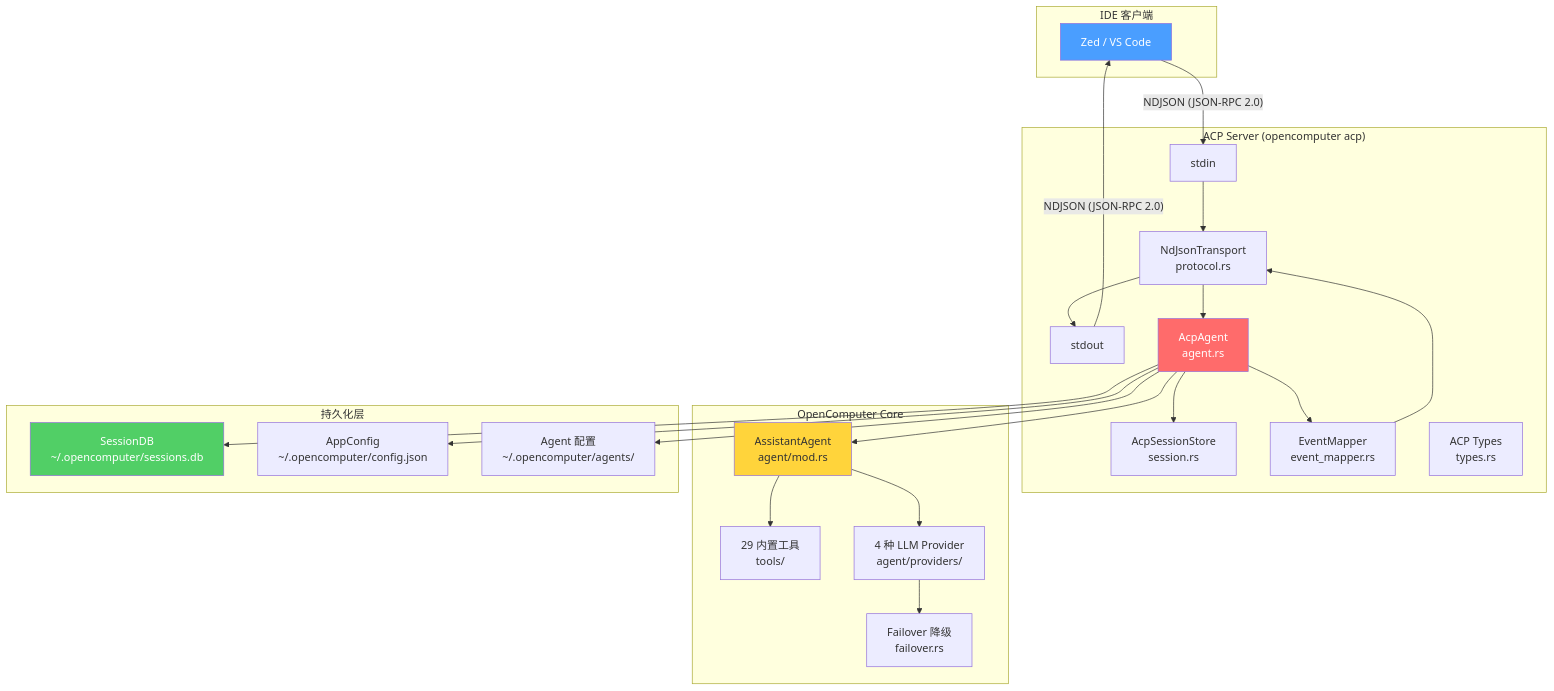
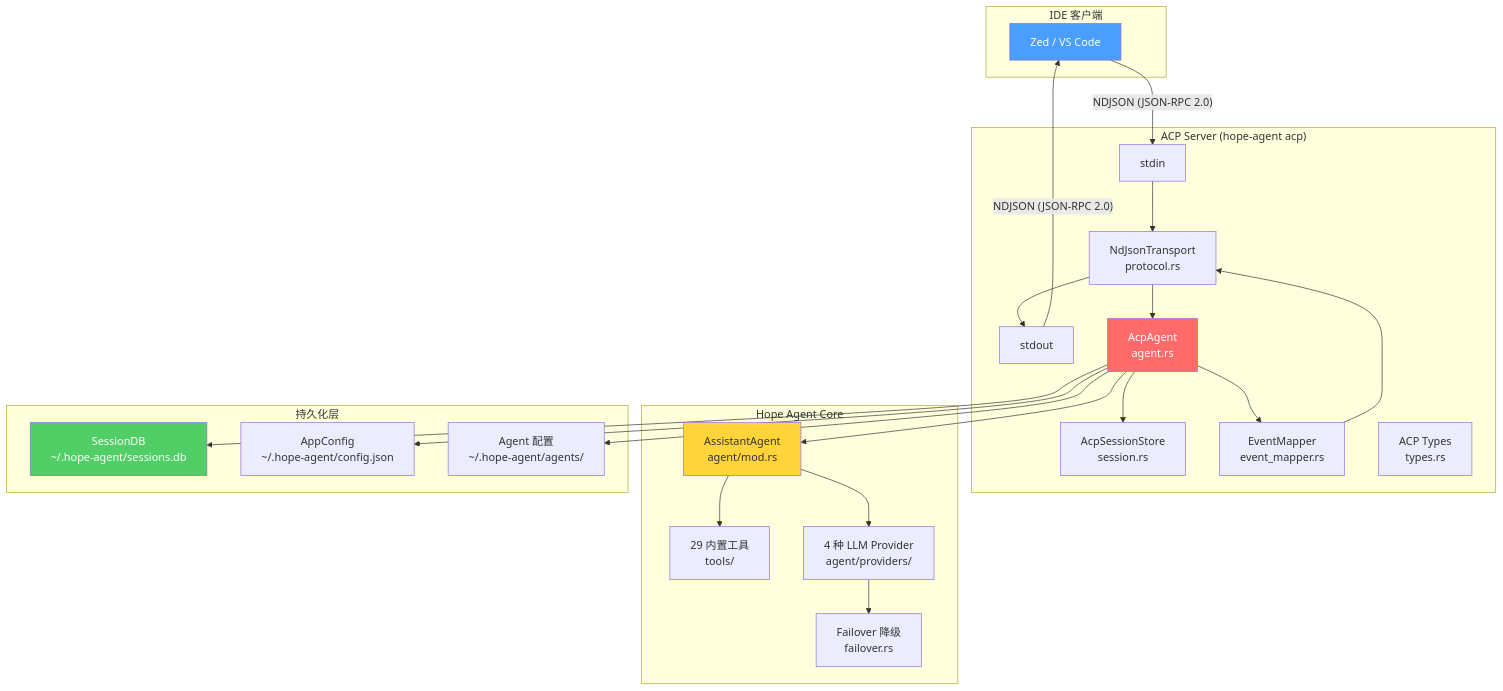
Before and after one commit to shiwenwen/hope-agent: the first of 11 diagrams in docs/architecture/acp.md, drawn with Mermaid. The commit also changed other lines of this file and 727 other files, not shown here.

First line of the commit message:
chore(rename): OpenComputer → Hope Agent（随 0.1.0 首发一把切换）

````diff
--- a/docs/architecture/acp.md
+++ b/docs/architecture/acp.md
@@ -38,52 +38,52 @@
 ```mermaid
 graph TB
     subgraph "IDE 客户端"
         ZED["Zed / VS Code"]
     end
 
-    subgraph "ACP Server (opencomputer acp)"
+    subgraph "ACP Server (hope-agent acp)"
         STDIN["stdin"]
         STDOUT["stdout"]
         TRANSPORT["NdJsonTransport<br/>protocol.rs"]
         AGENT["AcpAgent<br/>agent.rs"]
         SESSION_STORE["AcpSessionStore<br/>session.rs"]
         EVENT_MAP["EventMapper<br/>event_mapper.rs"]
         TYPES["ACP Types<br/>types.rs"]
     end
 
-    subgraph "OpenComputer Core"
+    subgraph "Hope Agent Core"
         ASSISTANT["AssistantAgent<br/>agent/mod.rs"]
         TOOLS["29 内置工具<br/>tools/"]
         PROVIDERS["4 种 LLM Provider<br/>agent/providers/"]
         FAILOVER["Failover 降级<br/>failover.rs"]
     end
 
     subgraph "持久化层"
-        SESSION_DB["SessionDB<br/>~/.opencomputer/sessions.db"]
-        CONFIG["AppConfig<br/>~/.opencomputer/config.json"]
-        AGENTS_DIR["Agent 配置<br/>~/.opencomputer/agents/"]
+        SESSION_DB["SessionDB<br/>~/.hope-agent/sessions.db"]
+        CONFIG["AppConfig<br/>~/.hope-agent/config.json"]
+        AGENTS_DIR["Agent 配置<br/>~/.hope-agent/agents/"]
     end
 
     ZED -- "NDJSON (JSON-RPC 2.0)" --> STDIN
     STDIN --> TRANSPORT
     TRANSPORT --> AGENT
     AGENT --> SESSION_STORE
     AGENT --> EVENT_MAP
     EVENT_MAP --> TRANSPORT
     TRANSPORT --> STDOUT
     STDOUT -- "NDJSON (JSON-RPC 2.0)" --> ZED
 
     AGENT --> ASSISTANT
     ASSISTANT --> TOOLS
     ASSISTANT --> PROVIDERS
     PROVIDERS --> FAILOVER
 
     AGENT --> SESSION_DB
     AGENT --> CONFIG
     AGENT --> AGENTS_DIR
 
     style ZED fill:#4a9eff,color:#fff
     style AGENT fill:#ff6b6b,color:#fff
     style SESSION_DB fill:#51cf66,color:#fff
     style ASSISTANT fill:#ffd43b,color:#333
 ```
````
